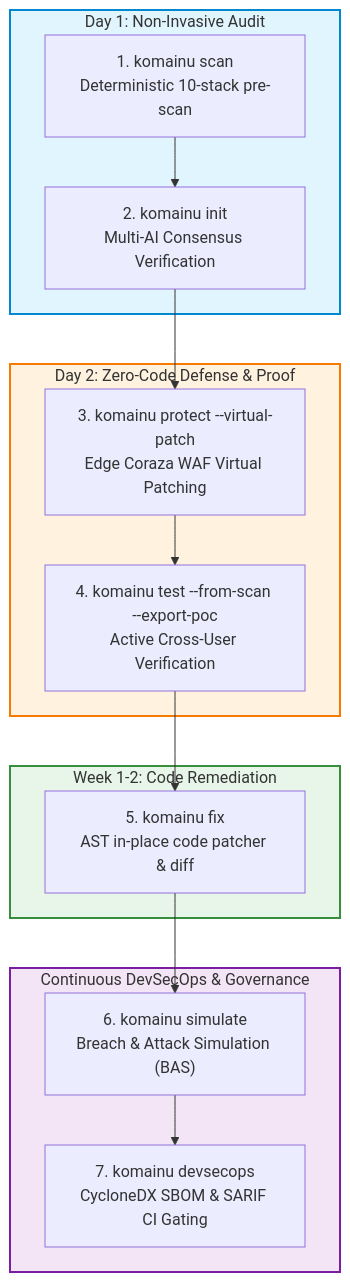
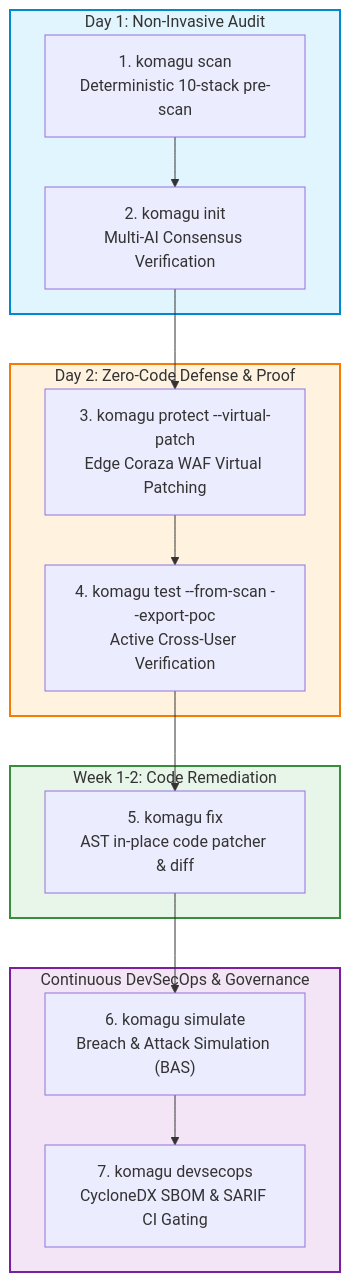
One commit to hoanghainh1188/komagu changed the diagram in docs/cli-guide.md. Above: the diagram before and after it, drawn with Mermaid. The commit also changed other lines of this file and 56 other files, not shown here.

````diff
--- a/docs/cli-guide.md
+++ b/docs/cli-guide.md
@@ -41,25 +41,25 @@
 ```mermaid
 flowchart TD
     subgraph Day1["Day 1: Non-Invasive Audit"]
-        A["1. komainu scan<br/>Deterministic 10-stack pre-scan"] --> B["2. komainu init<br/>Multi-AI Consensus Verification"]
+        A["1. komagu scan<br/>Deterministic 10-stack pre-scan"] --> B["2. komagu init<br/>Multi-AI Consensus Verification"]
     end
 
     subgraph Day2["Day 2: Zero-Code Defense & Proof"]
-        B --> C["3. komainu protect --virtual-patch<br/>Edge Coraza WAF Virtual Patching"]
-        C --> D["4. komainu test --from-scan --export-poc<br/>Active Cross-User Verification"]
+        B --> C["3. komagu protect --virtual-patch<br/>Edge Coraza WAF Virtual Patching"]
+        C --> D["4. komagu test --from-scan --export-poc<br/>Active Cross-User Verification"]
     end
 
     subgraph Week12["Week 1-2: Code Remediation"]
-        D --> E["5. komainu fix<br/>AST in-place code patcher & diff"]
+        D --> E["5. komagu fix<br/>AST in-place code patcher & diff"]
     end
 
     subgraph Continuous["Continuous DevSecOps & Governance"]
-        E --> F["6. komainu simulate<br/>Breach & Attack Simulation (BAS)"]
-        F --> G["7. komainu devsecops<br/>CycloneDX SBOM & SARIF CI Gating"]
+        E --> F["6. komagu simulate<br/>Breach & Attack Simulation (BAS)"]
+        F --> G["7. komagu devsecops<br/>CycloneDX SBOM & SARIF CI Gating"]
     end
 
     style Day1 fill:#e1f5fe,stroke:#0288d1,stroke-width:2px
     style Day2 fill:#fff3e0,stroke:#f57c00,stroke-width:2px
     style Week12 fill:#e8f5e9,stroke:#388e3c,stroke-width:2px
     style Continuous fill:#f3e5f5,stroke:#7b1fa2,stroke-width:2px
 ```
````
